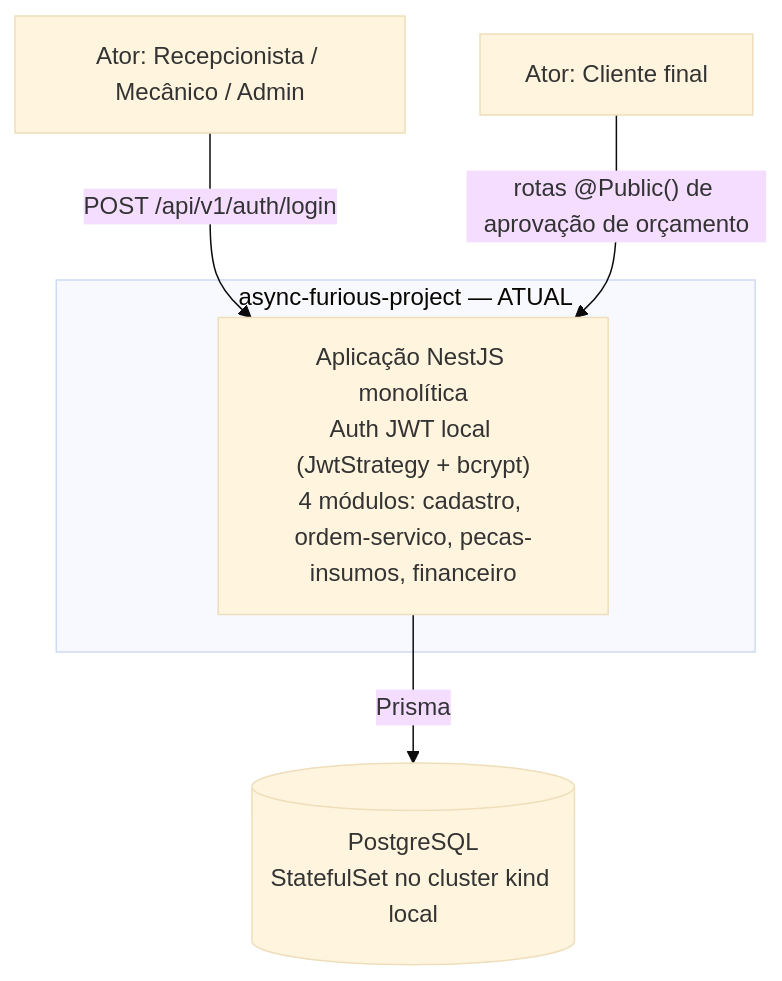
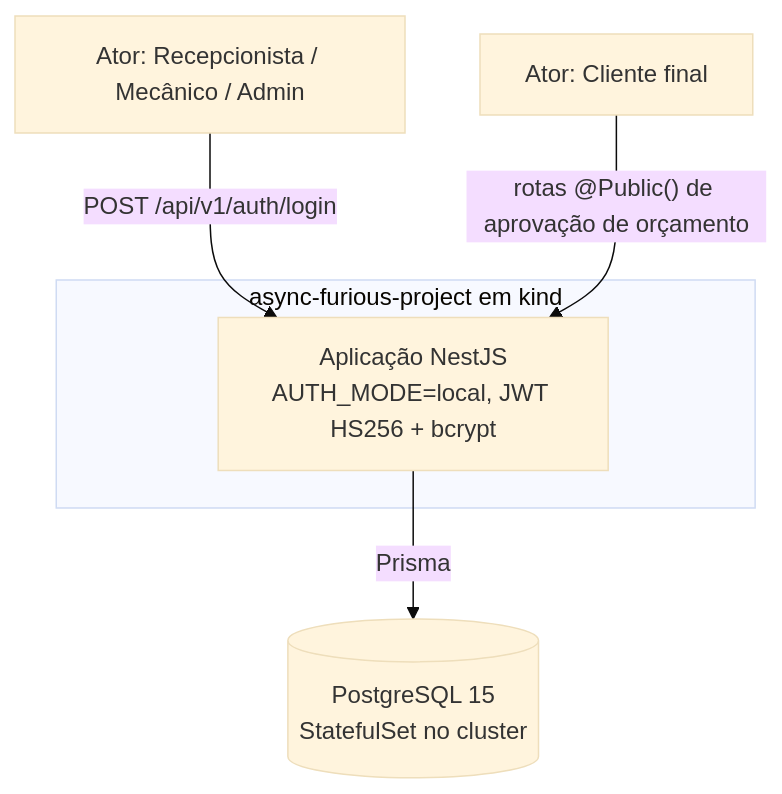
The second of 2 diagrams in docs/architecture/overview.md (Async-And-Furious/async-furious-project), drawn with Mermaid (base theme) before and after one commit. The commit also changed other lines of this file, not shown here.

````diff
--- a/docs/architecture/overview.md
+++ b/docs/architecture/overview.md
@@ -88,12 +86,12 @@
 ```mermaid
 flowchart TB
     actor2["Ator: Recepcionista / Mecânico / Admin"]
     customer2["Ator: Cliente final"]
-    subgraph MONO["async-furious-project — ATUAL"]
-        api["Aplicação NestJS monolítica<br/>Auth JWT local (JwtStrategy + bcrypt)<br/>4 módulos: cadastro, ordem-servico, pecas-insumos, financeiro"]
+    subgraph MONO["async-furious-project em kind"]
+        api["Aplicação NestJS<br/>AUTH_MODE=local, JWT HS256 + bcrypt"]
     end
-    pg[("PostgreSQL<br/>StatefulSet no cluster kind local")]
+    pg[("PostgreSQL 15<br/>StatefulSet no cluster")]
     actor2 -->|"POST /api/v1/auth/login"| api
     customer2 -->|"rotas @Public() de aprovação de orçamento"| api
     api -->|Prisma| pg
 ```
````
